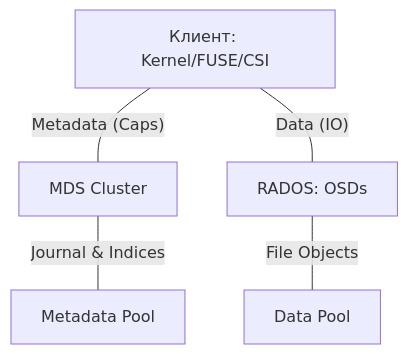
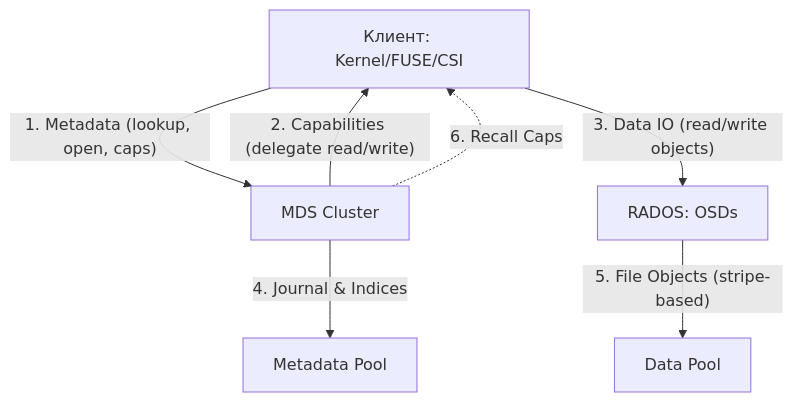
The diagram in Kubernetes/Storage/Ceph/cephfs_setup_and_usage/definitions_and_concepts.md (37signalsS/notes), drawn with Mermaid before and after one commit. The commit also changed other lines of this file and 842 other files, not shown here.

````diff
--- a/Kubernetes/Storage/Ceph/cephfs_setup_and_usage/definitions_and_concepts.md
+++ b/Kubernetes/Storage/Ceph/cephfs_setup_and_usage/definitions_and_concepts.md
@@ -27,7 +72,9 @@
 ```mermaid
 graph TD
-    Client[Клиент: Kernel/FUSE/CSI] -- "Metadata (Caps)" --- MDS[MDS Cluster]
-    Client -- "Data (IO)" --- OSD[RADOS: OSDs]
-    MDS -- "Journal & Indices" --- MP[Metadata Pool]
-    OSD -- "File Objects" --- DP[Data Pool]
+    Client[Клиент: Kernel/FUSE/CSI] -- "1. Metadata (lookup, open, caps)" --> MDS[MDS Cluster]
+    MDS -- "2. Capabilities (delegate read/write)" --> Client
+    Client -- "3. Data IO (read/write objects)" --> OSD[RADOS: OSDs]
+    MDS -- "4. Journal & Indices" --> MP[Metadata Pool]
+    OSD -- "5. File Objects (stripe-based)" --> DP[Data Pool]
+    MDS -. "6. Recall Caps" .-> Client
 ```
````
